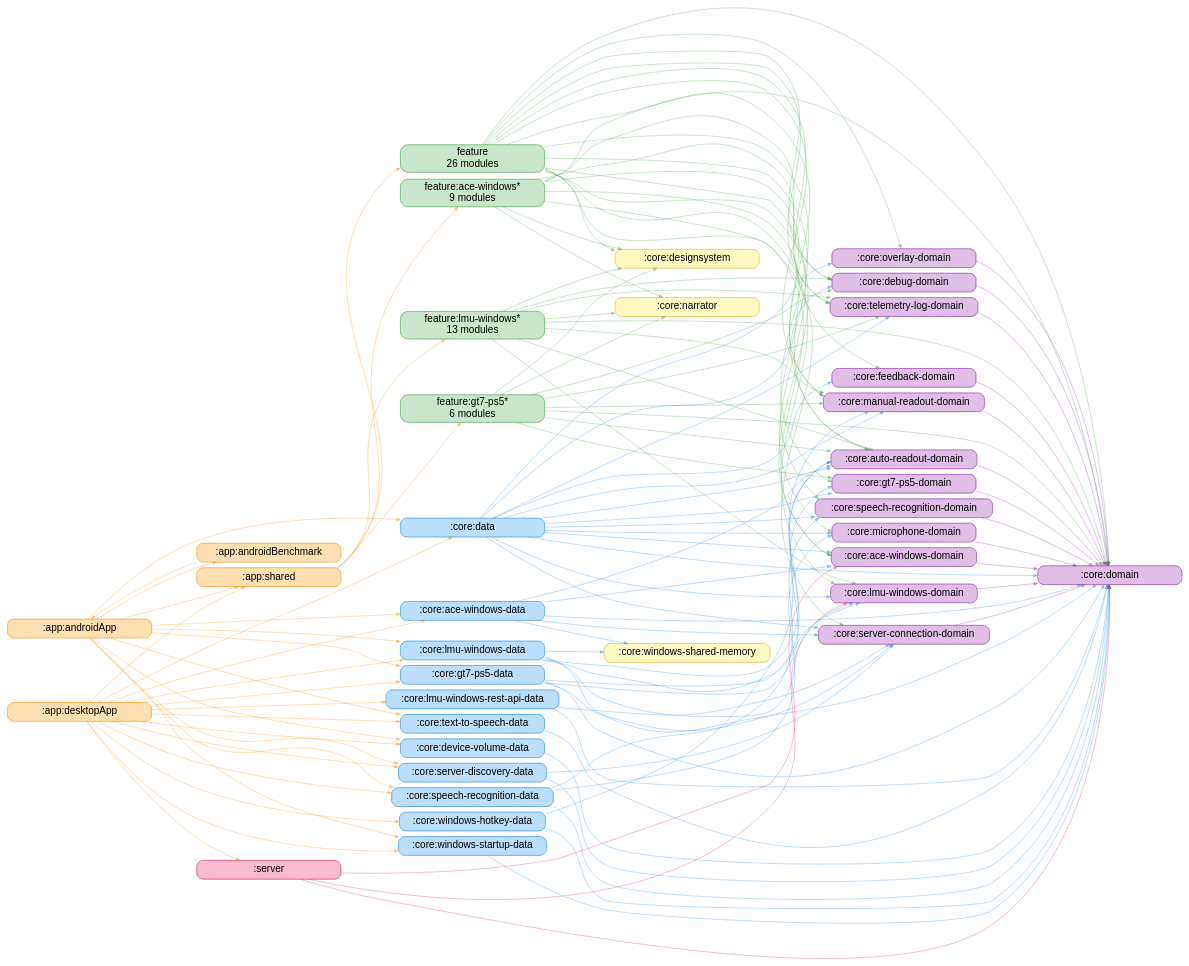
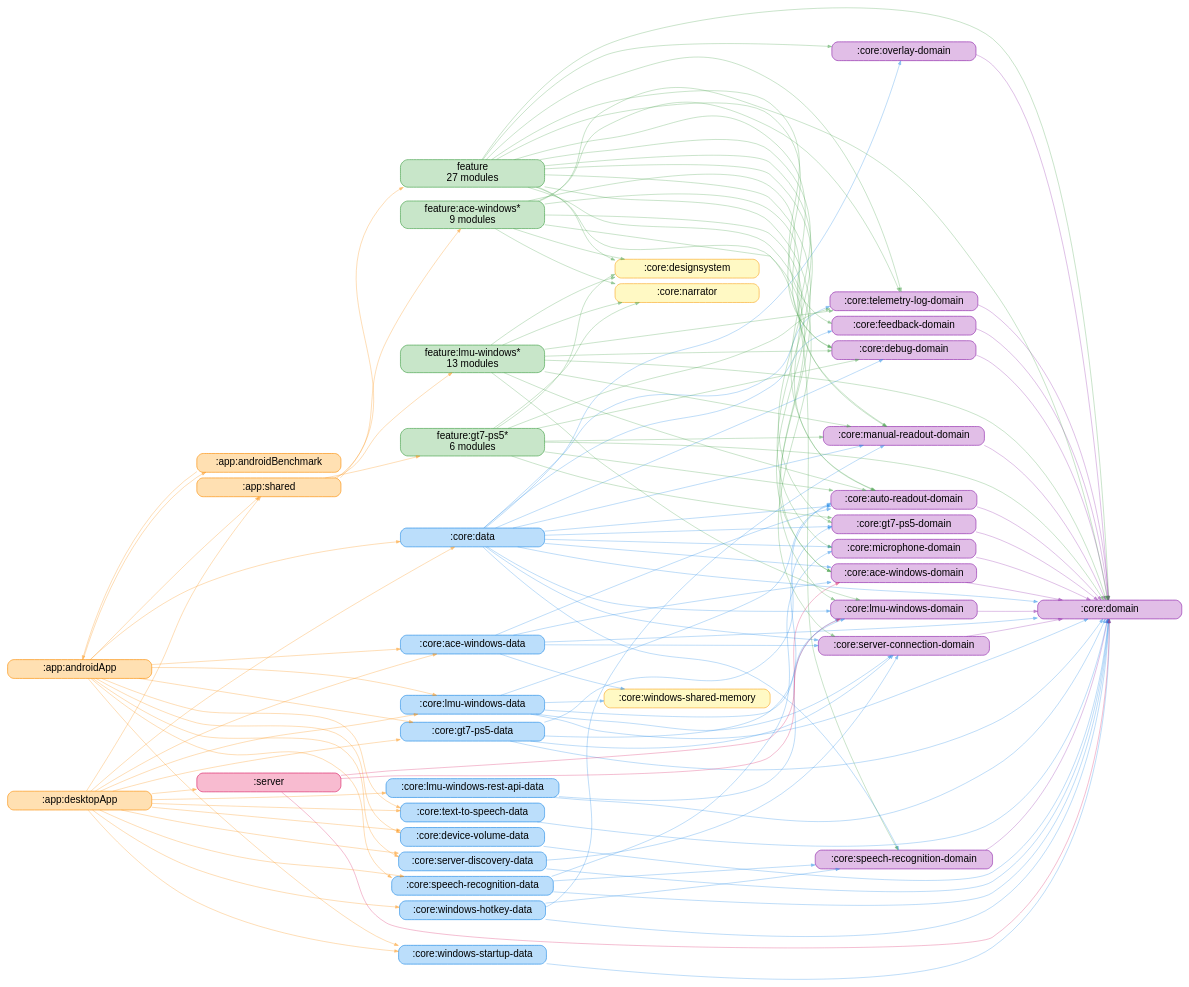
The diagram in docs/graphs/full-graph.gv (ai-kurou/KoDriver), drawn with Graphviz before and after one commit. The commit also changed 158 other files, not shown here.

```diff
--- a/docs/graphs/full-graph.gv
+++ b/docs/graphs/full-graph.gv
@@ -35,7 +35,7 @@
   ":core:windows-shared-memory" [label=":core:windows-shared-memory", fillcolor="#FFF9C4", color="#F9A825"]
   ":core:windows-startup-data" [label=":core:windows-startup-data", fillcolor="#BBDEFB", color="#1E88E5"]
   ":server" [label=":server", fillcolor="#F8BBD0", color="#D81B60"]
-  "feature" [label="feature\n26 modules", fillcolor="#C8E6C9", color="#43A047"]
+  "feature" [label="feature\n27 modules", fillcolor="#C8E6C9", color="#43A047"]
   "feature:ace-windows*" [label="feature:ace-windows*\n9 modules", fillcolor="#C8E6C9", color="#43A047"]
   "feature:gt7-ps5*" [label="feature:gt7-ps5*\n6 modules", fillcolor="#C8E6C9", color="#43A047"]
   "feature:lmu-windows*" [label="feature:lmu-windows*\n13 modules", fillcolor="#C8E6C9", color="#43A047"]
@@ -118,6 +118,7 @@
   ":core:text-to-speech-data" -> ":core:domain" [color="#1E88E580"]
   ":core:windows-hotkey-data" -> ":core:domain" [color="#1E88E580"]
   ":core:windows-hotkey-data" -> ":core:manual-readout-domain" [color="#1E88E580"]
+  ":core:windows-hotkey-data" -> ":core:speech-recognition-domain" [color="#1E88E580"]
   ":core:windows-startup-data" -> ":core:domain" [color="#1E88E580"]
   ":server" -> ":core:ace-windows-domain" [color="#D81B6080"]
   ":server" -> ":core:domain" [color="#D81B6080"]
```
